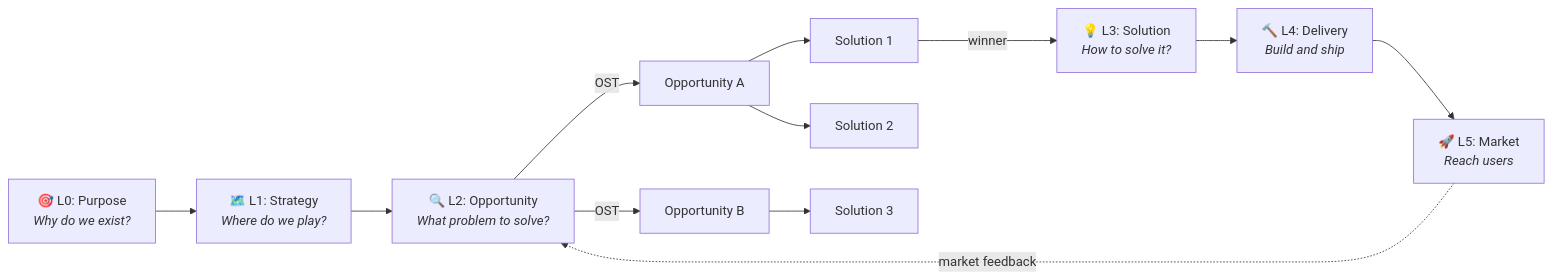
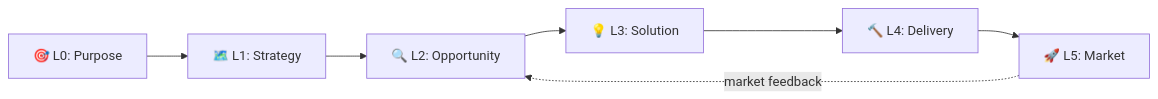
Before and after one commit to haabe/mycelium: the diagram in README.md, drawn with Mermaid. The commit also changed other lines of this file and 27 other files, not shown here.

````diff
--- a/README.md
+++ b/README.md
@@ -126,16 +64,11 @@
 ```mermaid
 graph LR
-    L0["🎯 L0: Purpose<br/><i>Why do we exist?</i>"]
-    L1["🗺️ L1: Strategy<br/><i>Where do we play?</i>"]
-    L2["🔍 L2: Opportunity<br/><i>What problem to solve?</i>"]
-    L3["💡 L3: Solution<br/><i>How to solve it?</i>"]
-    L4["🔨 L4: Delivery<br/><i>Build and ship</i>"]
-    L5["🚀 L5: Market<br/><i>Reach users</i>"]
-
-    L0 --> L1 --> L2
-    L2 -->|"OST"| OPP1["Opportunity A"] --> SOL1["Solution 1"] -->|"winner"| L3
-    OPP1 --> SOL2["Solution 2"]
-    L2 -->|"OST"| OPP2["Opportunity B"] --> SOL3["Solution 3"]
-    L3 --> L4 --> L5
+    L0["🎯 L0: Purpose"]
+    L1["🗺️ L1: Strategy"]
+    L2["🔍 L2: Opportunity"]
+    L3["💡 L3: Solution"]
+    L4["🔨 L4: Delivery"]
+    L5["🚀 L5: Market"]
+    L0 --> L1 --> L2 --> L3 --> L4 --> L5
     L5 -.->|"market feedback"| L2
 ```
````
